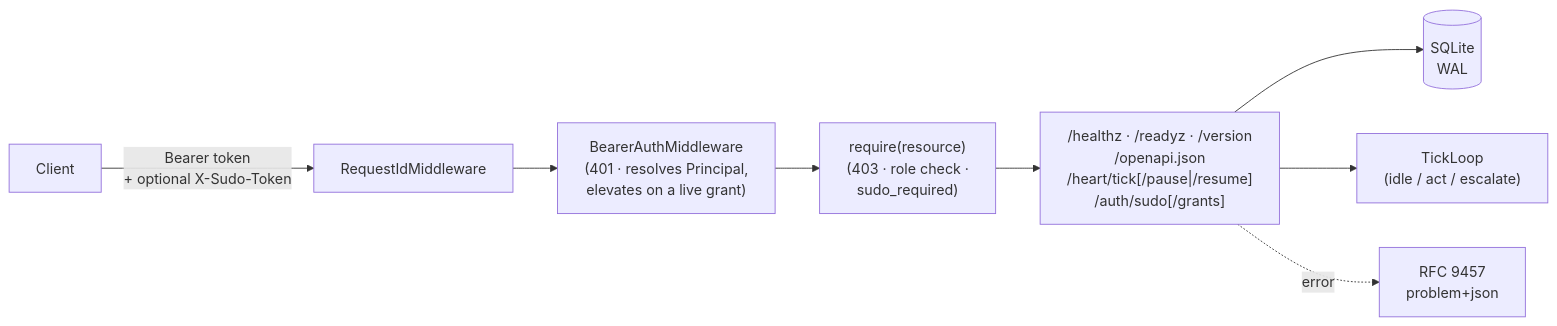
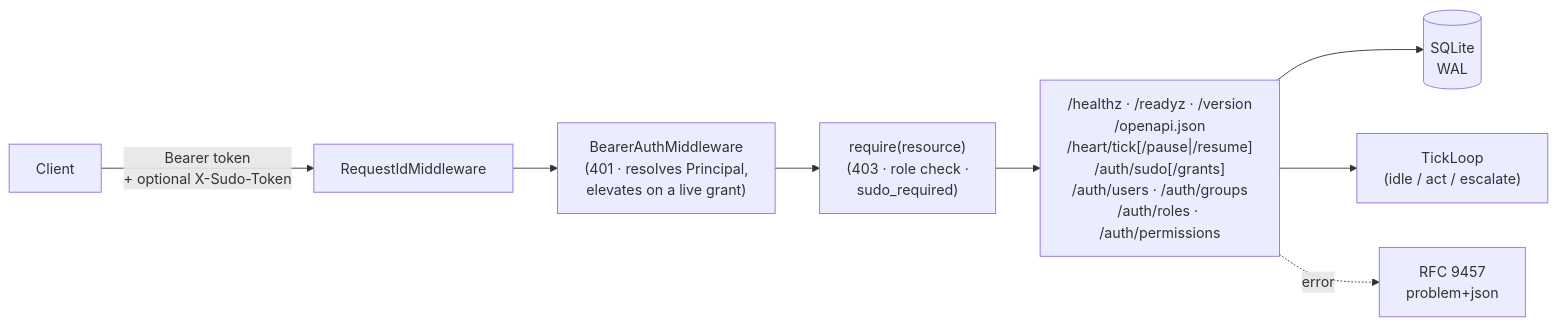
One commit to giacchetta/ansina changed the diagram in README.md. Above: the diagram before and after it, drawn with Mermaid. The commit also changed other lines of this file and 29 other files, not shown here.

Commit message:
feat: RBAC management REST API (Users/Groups/Roles) — Admin & Maintain only

````diff
--- a/README.md
+++ b/README.md
@@ -9,10 +9,10 @@
 ```mermaid
 flowchart LR
     Client["Client"] -->|Bearer token<br/>+ optional X-Sudo-Token| MW["RequestIdMiddleware"]
     MW --> Auth["BearerAuthMiddleware<br/>(401 · resolves Principal,<br/>elevates on a live grant)"]
     Auth --> Authz["require(resource)<br/>(403 · role check ·<br/>sudo_required)"]
-    Authz --> Routes["/healthz · /readyz · /version<br/>/openapi.json<br/>/heart/tick[/pause|/resume]<br/>/auth/sudo[/grants]"]
+    Authz --> Routes["/healthz · /readyz · /version<br/>/openapi.json<br/>/heart/tick[/pause|/resume]<br/>/auth/sudo[/grants]<br/>/auth/users · /auth/groups<br/>/auth/roles · /auth/permissions"]
     Routes --> DB[("SQLite<br/>WAL")]
     Routes --> Tick["TickLoop<br/>(idle / act / escalate)"]
     Routes -.error.-> Problem["RFC 9457<br/>problem+json"]
 ```
````
